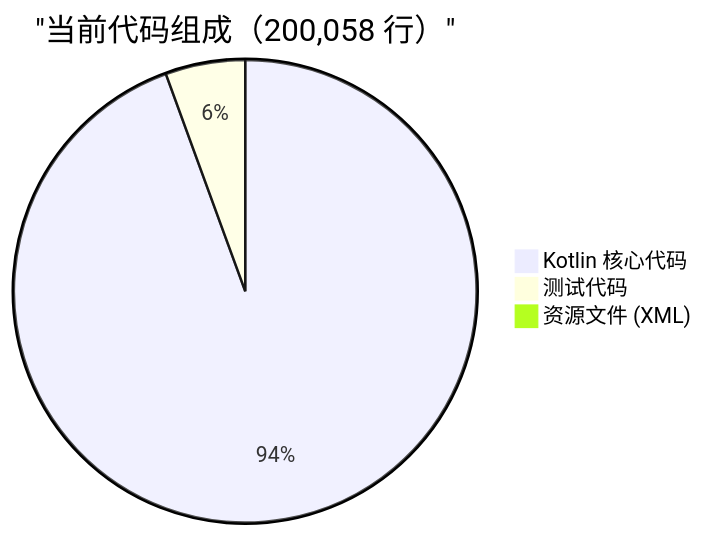
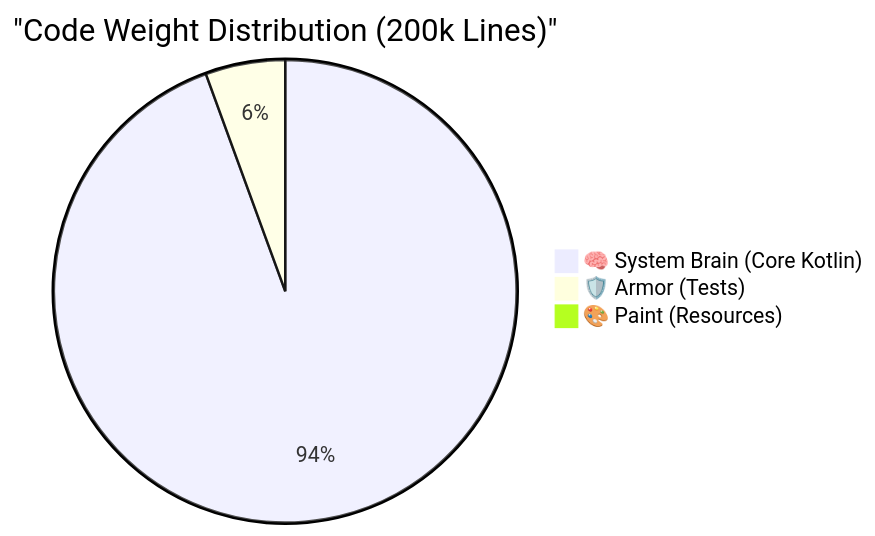
One commit to esir-nus/smart-sales-main changed the first of 2 diagrams in PRODUCTION_CODE_ESTIMATE.md. Above: the diagram before and after it, drawn with Mermaid. The commit also changed other lines of this file, not shown here.

Commit message:
docs: Rewrite Code Estimates into a gamified dashboard with Senior Reviewer styling

````diff
--- a/PRODUCTION_CODE_ESTIMATE.md
+++ b/PRODUCTION_CODE_ESTIMATE.md
@@ -107,6 +18,6 @@
 ```mermaid
-pie title "当前代码组成（200,058 行）"
-    "Kotlin 核心代码" : 188821
-    "测试代码" : 11150
-    "资源文件 (XML)" : 87
+pie title "Code Weight Distribution (200k Lines)"
+    "🧠 System Brain (Core Kotlin)" : 188821
+    "🛡️ Armor (Tests)" : 11150
+    "🎨 Paint (Resources)" : 87
 ```
````
